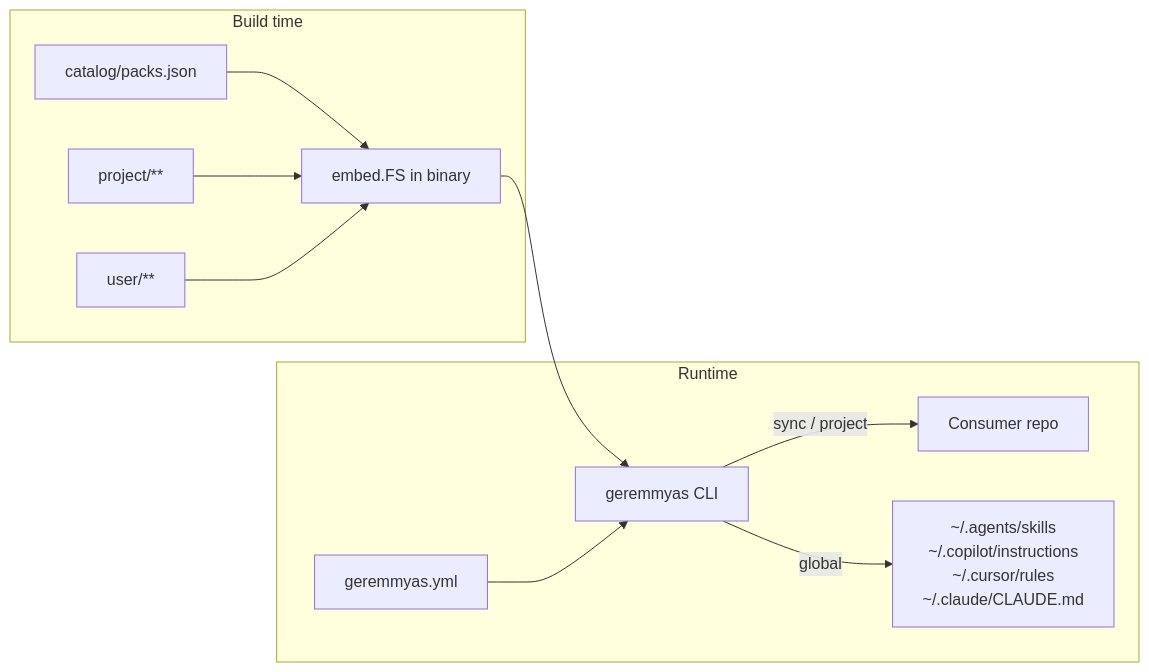
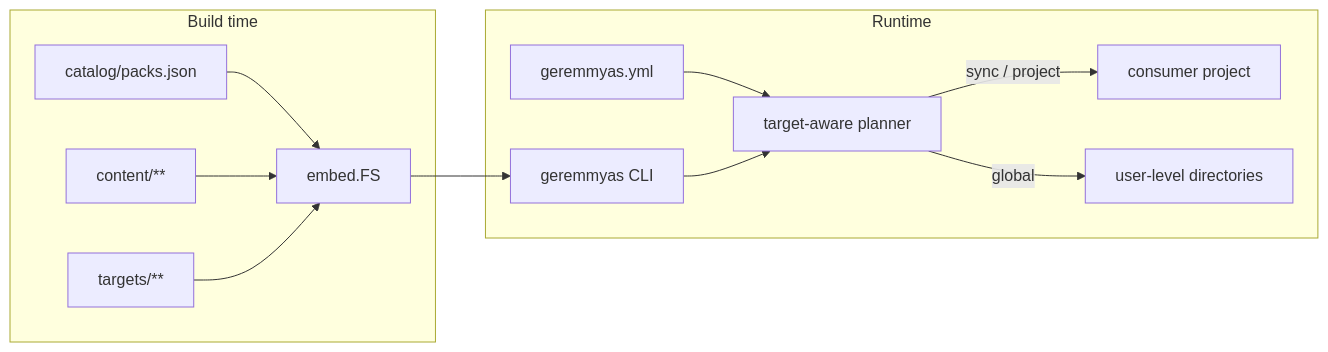
One commit to woliveiras/geremmyas changed the diagram in docs/architecture.md. Above: the diagram before and after it, drawn with Mermaid. The commit also changed other lines of this file and 12 other files, not shown here.

````diff
--- a/docs/architecture.md
+++ b/docs/architecture.md
@@ -243,22 +161,24 @@
 ```mermaid
 flowchart LR
   subgraph build [Build time]
     catalog[catalog/packs.json]
-    project[project/**]
-    user[user/**]
-    embed[embed.FS in binary]
+    content[content/**]
+    adapters[targets/**]
+    embed[embed.FS]
     catalog --> embed
-    project --> embed
-    user --> embed
+    content --> embed
+    adapters --> embed
   end
   subgraph runtime [Runtime]
-    CLI[geremmyas CLI]
-    yml[geremmyas.yml]
-    repo[Consumer repo]
-    global["~/.agents/skills\n~/.copilot/instructions\n~/.cursor/rules\n~/.claude/CLAUDE.md"]
+    cli[geremmyas CLI]
+    config[geremmyas.yml]
+    planner[target-aware planner]
+    project[consumer project]
+    global[user-level directories]
   end
-  embed --> CLI
-  yml --> CLI
-  CLI -->|sync / project| repo
-  CLI -->|global| global
+  embed --> cli
+  config --> planner
+  cli --> planner
+  planner -->|sync / project| project
+  planner -->|global| global
 ```
````
